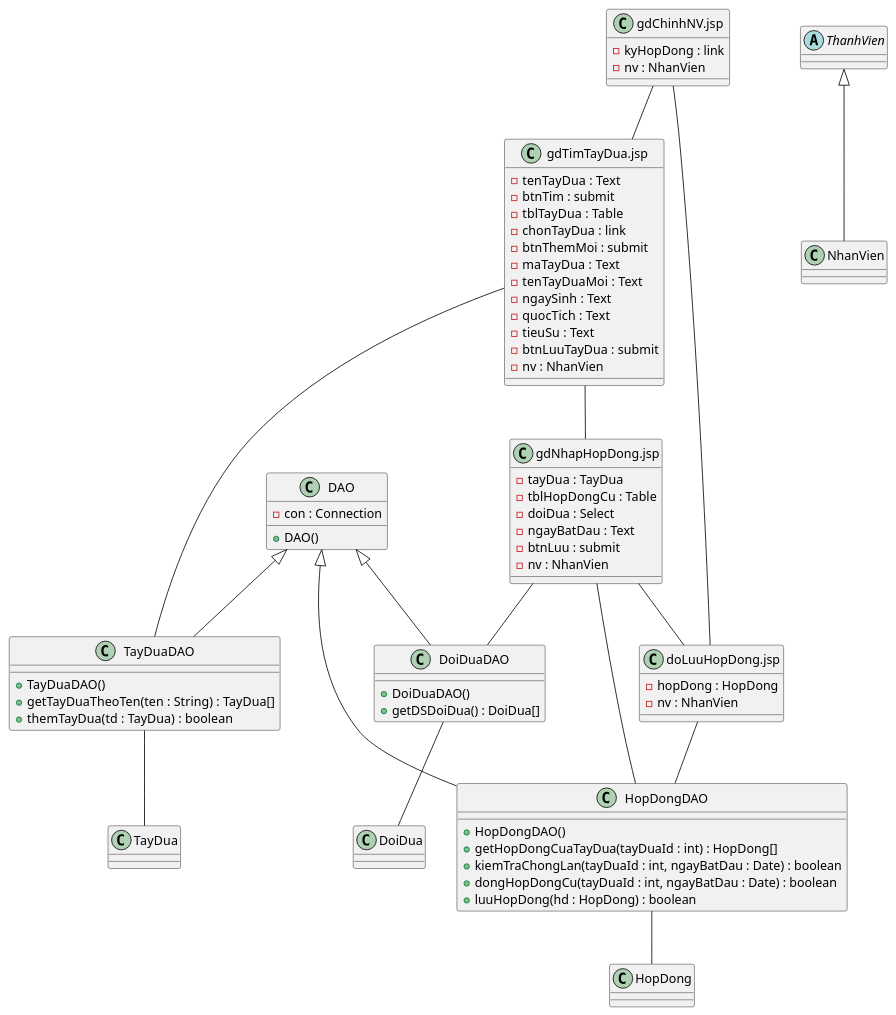
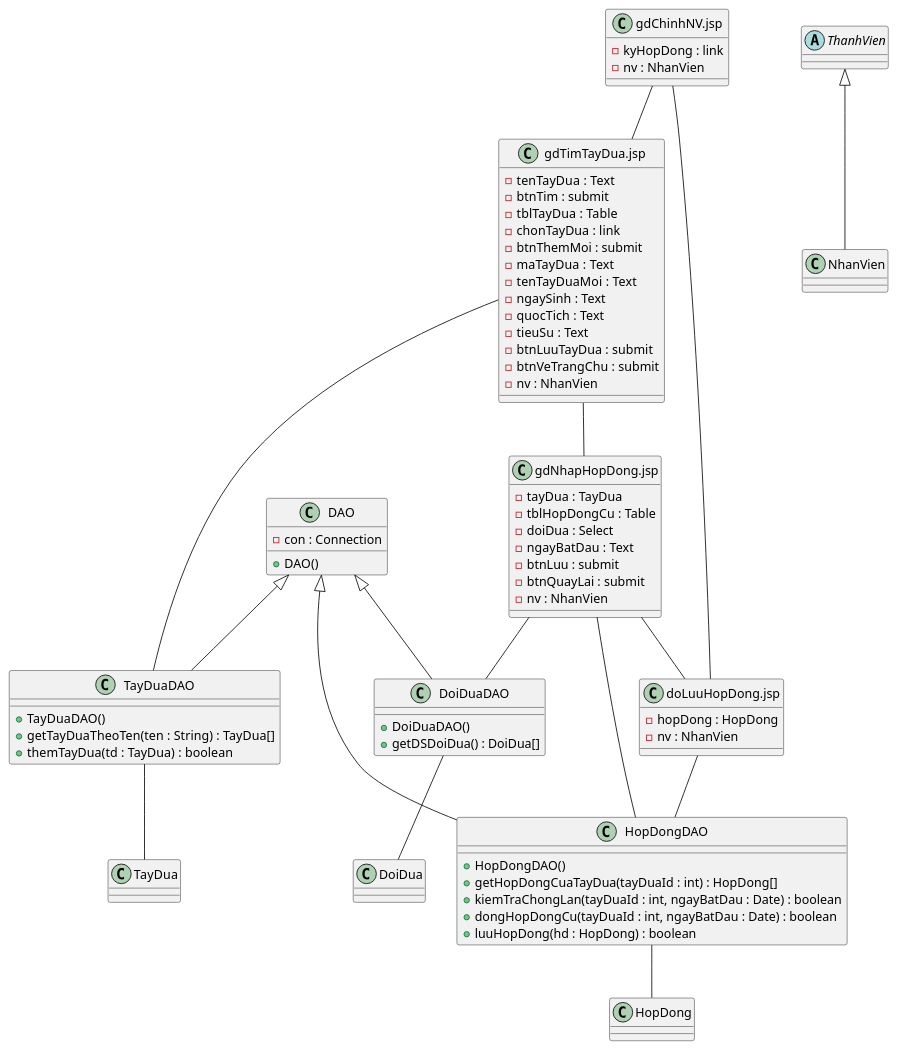
One commit to 7gho/CNPM-He2026 changed the fourth of 6 diagrams in Module 1 - Quan/noi-dung.md. Above: the diagram before and after it, drawn with PlantUML. The commit also changed other lines of this file and 15 other files, not shown here.

````diff
--- a/Module 1 - Quan/noi-dung.md
+++ b/Module 1 - Quan/noi-dung.md
@@ -338,75 +344,77 @@
 ```plantuml
 @startuml
 class "gdChinhNV.jsp" as gdChinhNV {
   -kyHopDong : link
   -nv : NhanVien
 }
 class "gdTimTayDua.jsp" as gdTimTayDua {
   -tenTayDua : Text
   -btnTim : submit
   -tblTayDua : Table
   -chonTayDua : link
   -btnThemMoi : submit
   -maTayDua : Text
   -tenTayDuaMoi : Text
   -ngaySinh : Text
   -quocTich : Text
   -tieuSu : Text
   -btnLuuTayDua : submit
+  -btnVeTrangChu : submit
   -nv : NhanVien
 }
 class "gdNhapHopDong.jsp" as gdNhapHopDong {
   -tayDua : TayDua
   -tblHopDongCu : Table
   -doiDua : Select
   -ngayBatDau : Text
   -btnLuu : submit
+  -btnQuayLai : submit
   -nv : NhanVien
 }
 class "doLuuHopDong.jsp" as doLuuHopDong {
   -hopDong : HopDong
   -nv : NhanVien
 }
 class DAO {
   -con : Connection
   +DAO()
 }
 class TayDuaDAO {
   +TayDuaDAO()
   +getTayDuaTheoTen(ten : String) : TayDua[]
   +themTayDua(td : TayDua) : boolean
 }
 class DoiDuaDAO {
   +DoiDuaDAO()
   +getDSDoiDua() : DoiDua[]
 }
 class HopDongDAO {
   +HopDongDAO()
   +getHopDongCuaTayDua(tayDuaId : int) : HopDong[]
   +kiemTraChongLan(tayDuaId : int, ngayBatDau : Date) : boolean
   +dongHopDongCu(tayDuaId : int, ngayBatDau : Date) : boolean
   +luuHopDong(hd : HopDong) : boolean
 }
 class TayDua
 class DoiDua
 class HopDong
 
 abstract class ThanhVien
 class NhanVien
 ThanhVien <|-- NhanVien
 DAO <|-- TayDuaDAO
 DAO <|-- DoiDuaDAO
 DAO <|-- HopDongDAO
 gdChinhNV -- gdTimTayDua
 gdTimTayDua -- TayDuaDAO
 gdTimTayDua -- gdNhapHopDong
 gdNhapHopDong -- DoiDuaDAO
 gdNhapHopDong -- HopDongDAO
 gdNhapHopDong -- doLuuHopDong
 doLuuHopDong -- gdChinhNV
 doLuuHopDong -- HopDongDAO
 TayDuaDAO -- TayDua
 DoiDuaDAO -- DoiDua
 HopDongDAO -- HopDong
 @enduml
 ```
````
